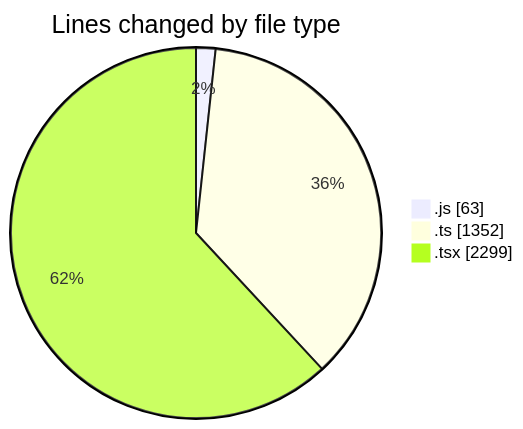
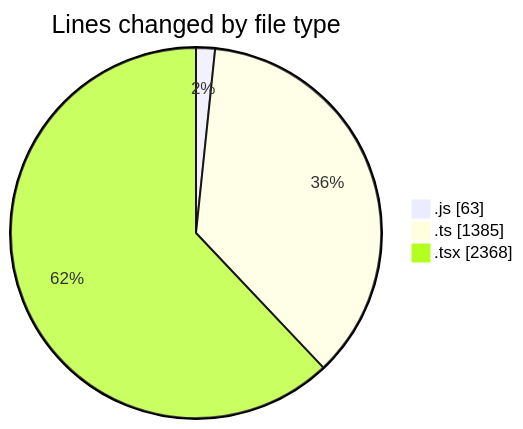
One commit to momahboobian/code-tracking changed the first of 2 diagrams in 2026-08-04/cda/README.md. Above: the diagram before and after it, drawn with Mermaid. The commit also changed other lines of this file and 1 other file, not shown here.

````diff
--- a/2026-08-04/cda/README.md
+++ b/2026-08-04/cda/README.md
@@ -46,7 +46,7 @@
 ```mermaid
 pie showData
 title Lines changed by file type
 ".js" : 63
-".ts" : 1352
-".tsx" : 2299
+".ts" : 1385
+".tsx" : 2368
 ```
````
